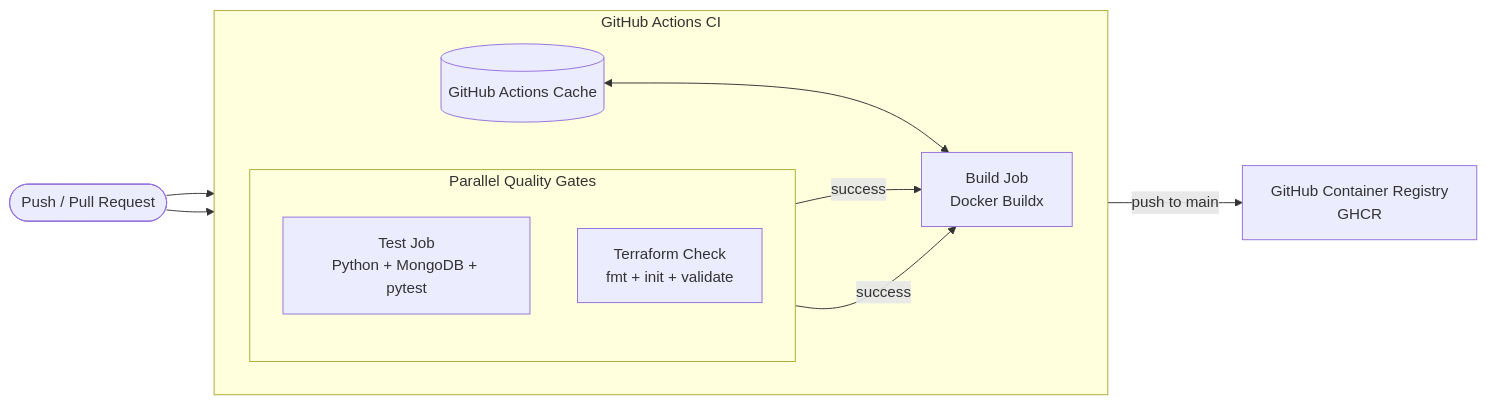
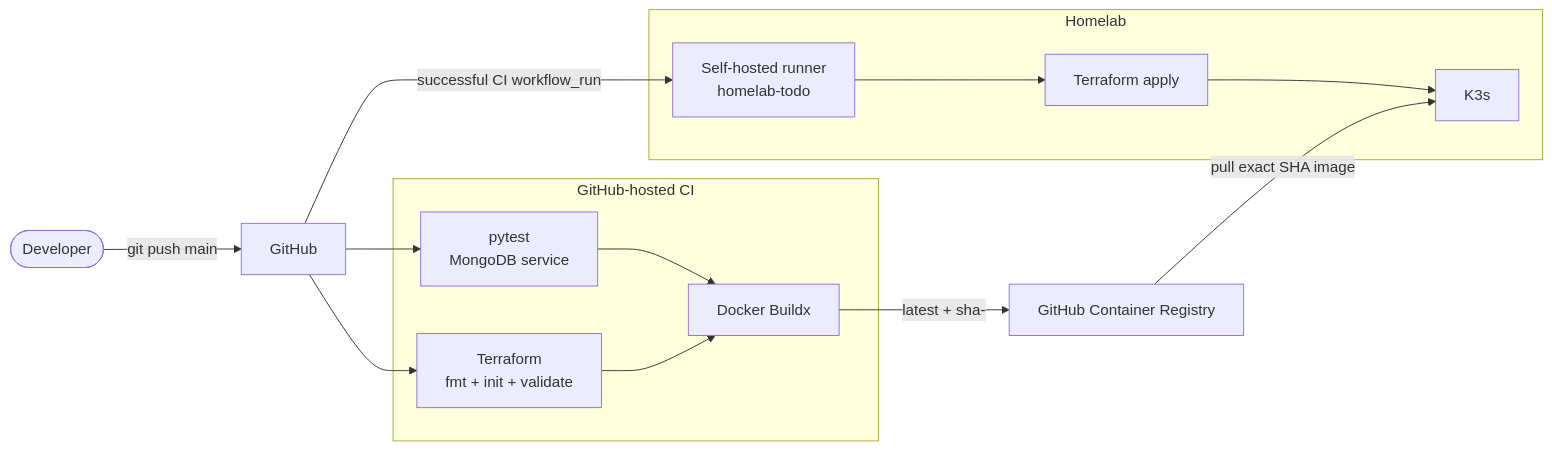
Before and after one commit to JakubSx01/Todo_DevOps_project: the second of 3 diagrams in README.md, drawn with Mermaid. The commit also changed other lines of this file, not shown here.

Commit message:
Update README for K3s homelab deployment

````diff
--- a/README.md
+++ b/README.md
@@ -256,26 +109,30 @@
 ```mermaid
 flowchart LR
-    EVT(["Push / Pull Request"])
+    DEV([Developer])
+    GH[GitHub]
 
-    subgraph CI["GitHub Actions CI"]
-        direction LR
-
-        subgraph CHECKS["Parallel Quality Gates"]
-            direction TB
-            TEST["Test Job<br/>Python + MongoDB + pytest"]
-            TF["Terraform Check<br/>fmt + init + validate"]
-        end
-
-        BUILD["Build Job<br/>Docker Buildx"]
-        CACHE[("GitHub Actions Cache")]
+    subgraph CI["GitHub-hosted CI"]
+        TEST["pytest\nMongoDB service"]
+        TFCHK["Terraform\nfmt + init + validate"]
+        BUILD["Docker Buildx"]
     end
 
-    REG["GitHub Container Registry<br/>GHCR"]
+    GHCR["GitHub Container Registry"]
 
-    EVT --> TEST
-    EVT --> TF
-    TEST -->|success| BUILD
-    TF -->|success| BUILD
-    CACHE <--> BUILD
-    BUILD -->|push to main| REG
+    subgraph HOME["Homelab"]
+        RUNNER["Self-hosted runner\nhomelab-todo"]
+        TF["Terraform apply"]
+        K3S["K3s"]
+    end
+
+    DEV -->|git push main| GH
+    GH --> TEST
+    GH --> TFCHK
+    TEST --> BUILD
+    TFCHK --> BUILD
+    BUILD -->|latest + sha-<commit>| GHCR
+    GH -->|successful CI workflow_run| RUNNER
+    RUNNER --> TF
+    TF --> K3S
+    GHCR -->|pull exact SHA image| K3S
 ```
````
